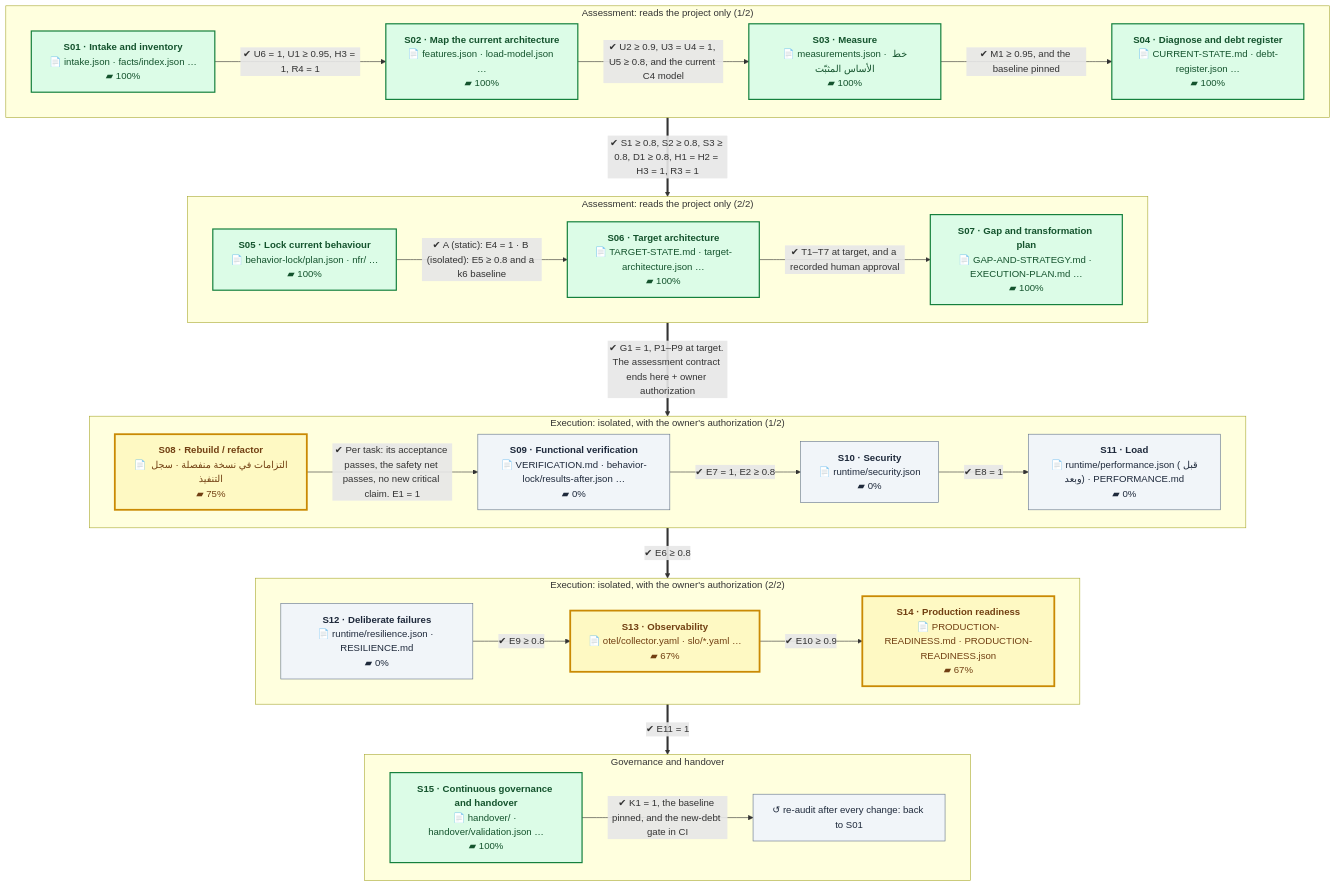
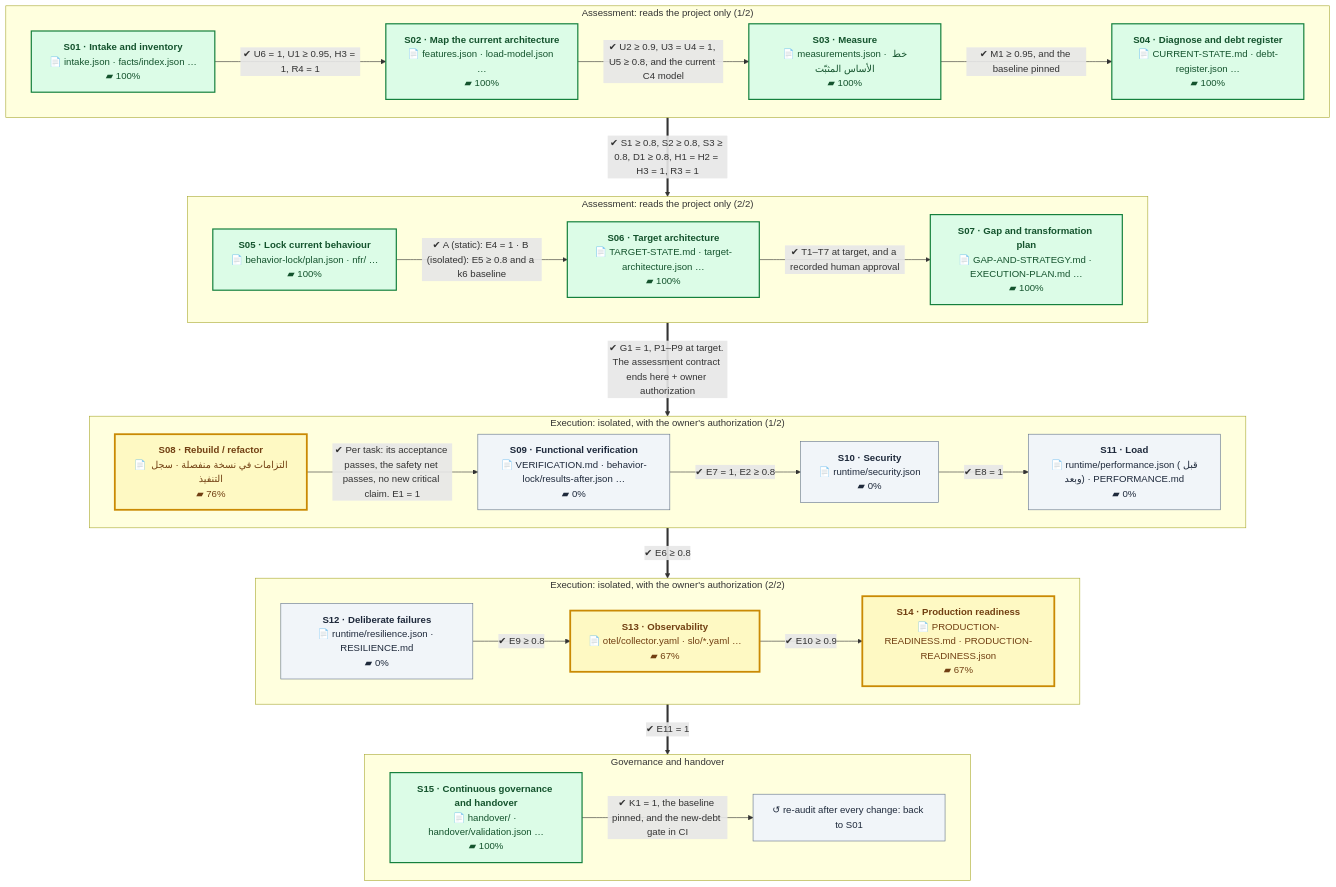
The first of 2 diagrams in README.en.md (eom1417/engineering-audit-os), drawn with Mermaid before and after one commit. The commit also changed other lines of this file and 3 other files, not shown here.

````diff
--- a/README.en.md
+++ b/README.en.md
@@ -52,54 +52,54 @@
 ```mermaid
 %%{init: {'flowchart': {'wrappingWidth': 260, 'nodeSpacing': 40, 'rankSpacing': 60}}}%%
 flowchart TB
     subgraph P1["Assessment: reads the project only (1/2)"]
         direction LR
         S01["<b>S01 · Intake and inventory</b><br/>📄 intake.json · facts/index.json …<br/>▰ 100%"]:::done
         S02["<b>S02 · Map the current architecture</b><br/>📄 features.json · load-model.json …<br/>▰ 100%"]:::done
         S03["<b>S03 · Measure</b><br/>📄 measurements.json · خط الأساس المثبّت<br/>▰ 100%"]:::done
         S04["<b>S04 · Diagnose and debt register</b><br/>📄 CURRENT-STATE.md · debt-register.json …<br/>▰ 100%"]:::done
         S01 -->|"✔ U6 = 1, U1 ≥ 0.95, H3 = 1, R4 = 1"| S02
         S02 -->|"✔ U2 ≥ 0.9, U3 = U4 = 1, U5 ≥ 0.8, and the current C4 model"| S03
         S03 -->|"✔ M1 ≥ 0.95, and the baseline pinned"| S04
     end
     subgraph P2["Assessment: reads the project only (2/2)"]
         direction LR
         S05["<b>S05 · Lock current behaviour</b><br/>📄 behavior-lock/plan.json · nfr/ …<br/>▰ 100%"]:::done
         S06["<b>S06 · Target architecture</b><br/>📄 TARGET-STATE.md · target-architecture.json …<br/>▰ 100%"]:::done
         S07["<b>S07 · Gap and transformation plan</b><br/>📄 GAP-AND-STRATEGY.md · EXECUTION-PLAN.md …<br/>▰ 100%"]:::done
         S05 -->|"✔ A (static): E4 = 1 · B (isolated): E5 ≥ 0.8 and a k6 baseline"| S06
         S06 -->|"✔ T1–T7 at target, and a recorded human approval"| S07
     end
     subgraph P3["Execution: isolated, with the owner's authorization (1/2)"]
         direction LR
-        S08["<b>S08 · Rebuild / refactor</b><br/>📄 التزامات في نسخة منفصلة · سجل التنفيذ<br/>▰ 75%"]:::current
+        S08["<b>S08 · Rebuild / refactor</b><br/>📄 التزامات في نسخة منفصلة · سجل التنفيذ<br/>▰ 76%"]:::current
         S09["<b>S09 · Functional verification</b><br/>📄 VERIFICATION.md · behavior-lock/results-after.json …<br/>▰ 0%"]:::next
         S10["<b>S10 · Security</b><br/>📄 runtime/security.json<br/>▰ 0%"]:::next
         S11["<b>S11 · Load</b><br/>📄 runtime/performance.json (قبل وبعد) · PERFORMANCE.md<br/>▰ 0%"]:::next
         S08 -->|"✔ Per task: its acceptance passes, the safety net passes, no new critical claim. E1 = 1"| S09
         S09 -->|"✔ E7 = 1, E2 ≥ 0.8"| S10
         S10 -->|"✔ E8 = 1"| S11
     end
     subgraph P4["Execution: isolated, with the owner's authorization (2/2)"]
         direction LR
         S12["<b>S12 · Deliberate failures</b><br/>📄 runtime/resilience.json · RESILIENCE.md<br/>▰ 0%"]:::next
         S13["<b>S13 · Observability</b><br/>📄 otel/collector.yaml · slo/*.yaml …<br/>▰ 67%"]:::current
         S14["<b>S14 · Production readiness</b><br/>📄 PRODUCTION-READINESS.md · PRODUCTION-READINESS.json<br/>▰ 67%"]:::current
         S12 -->|"✔ E9 ≥ 0.8"| S13
         S13 -->|"✔ E10 ≥ 0.9"| S14
     end
     subgraph P5["Governance and handover"]
         direction LR
         S15["<b>S15 · Continuous governance and handover</b><br/>📄 handover/ · handover/validation.json …<br/>▰ 100%"]:::done
         LOOP["↺ re-audit after every change: back to S01"]:::next
         S15 -->|"✔ K1 = 1, the baseline pinned, and the new-debt gate in CI"| LOOP
     end
     P1 ==>|"✔ S1 ≥ 0.8, S2 ≥ 0.8, S3 ≥ 0.8, D1 ≥ 0.8, H1 = H2 = H3 = 1, R3 = 1"| P2
     P2 ==>|"✔ G1 = 1, P1–P9 at target. The assessment contract ends here + owner authorization"| P3
     P3 ==>|"✔ E6 ≥ 0.8"| P4
     P4 ==>|"✔ E11 = 1"| P5
     classDef done fill:#dcfce7,stroke:#15803d,color:#14532d,stroke-width:2px
     classDef current fill:#fef9c3,stroke:#ca8a04,color:#713f12,stroke-width:3px
     classDef next fill:#f1f5f9,stroke:#64748b,color:#1e293b
     classDef owner fill:#fee2e2,stroke:#b91c1c,color:#7f1d1d,stroke-dasharray:5 3
 ```
````
